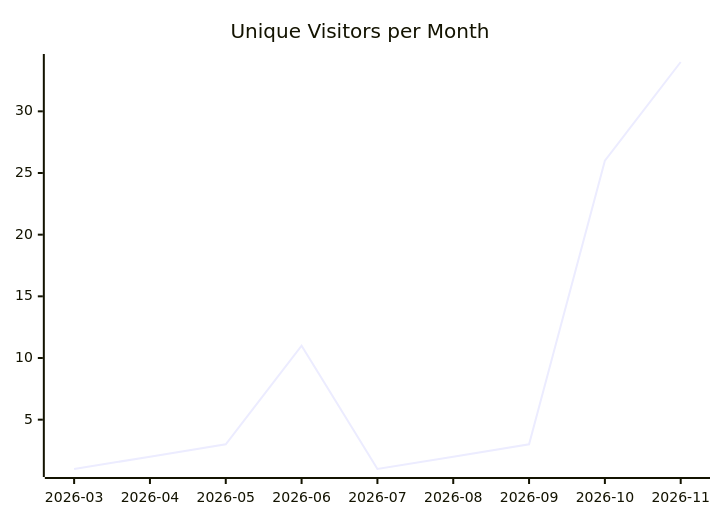
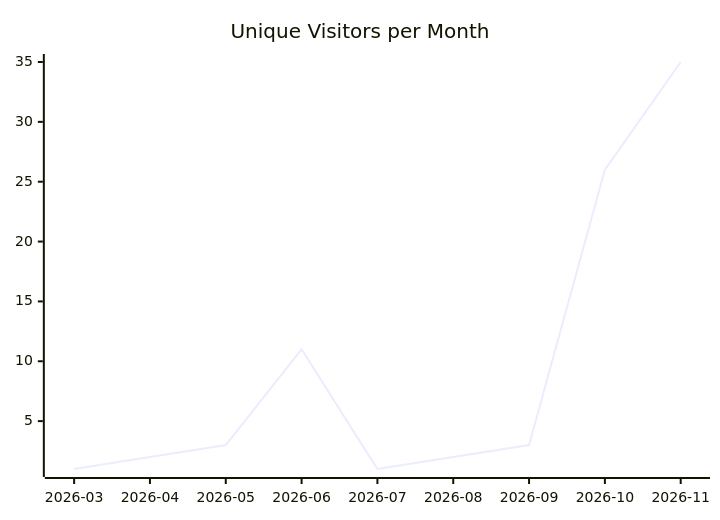
The first of 3 diagrams in karlmdavis/justdavis-ansible/README.md (justdavis-family/github-analytics-data), drawn with Mermaid before and after one commit. The commit also changed other lines of this file and 193 other files, not shown here.

````diff
--- a/karlmdavis/justdavis-ansible/README.md
+++ b/karlmdavis/justdavis-ansible/README.md
@@ -5,6 +5,6 @@
 ```mermaid
 xychart-beta
   title "Unique Visitors per Month"
   x-axis ["2026-03", "2026-04", "2026-05", "2026-06", "2026-07", "2026-08", "2026-09", "2026-10", "2026-11"]
-  line [1, 2, 3, 11, 1, 2, 3, 26, 34]
+  line [1, 2, 3, 11, 1, 2, 3, 26, 35]
 ```
````
